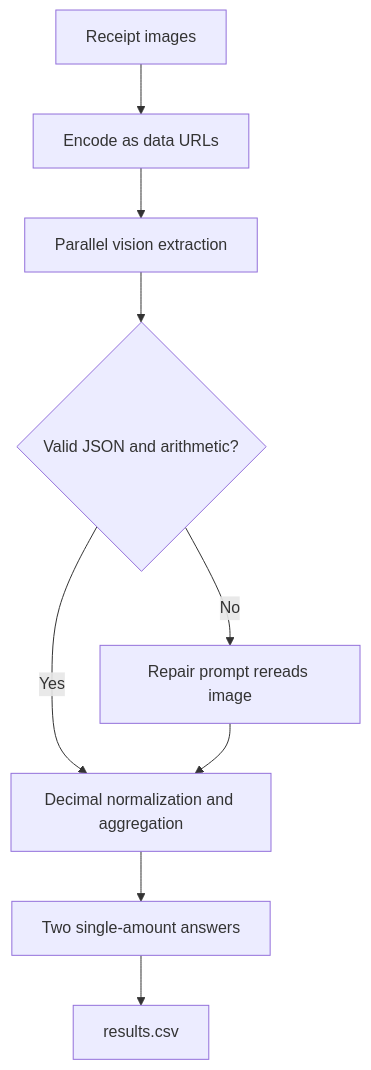
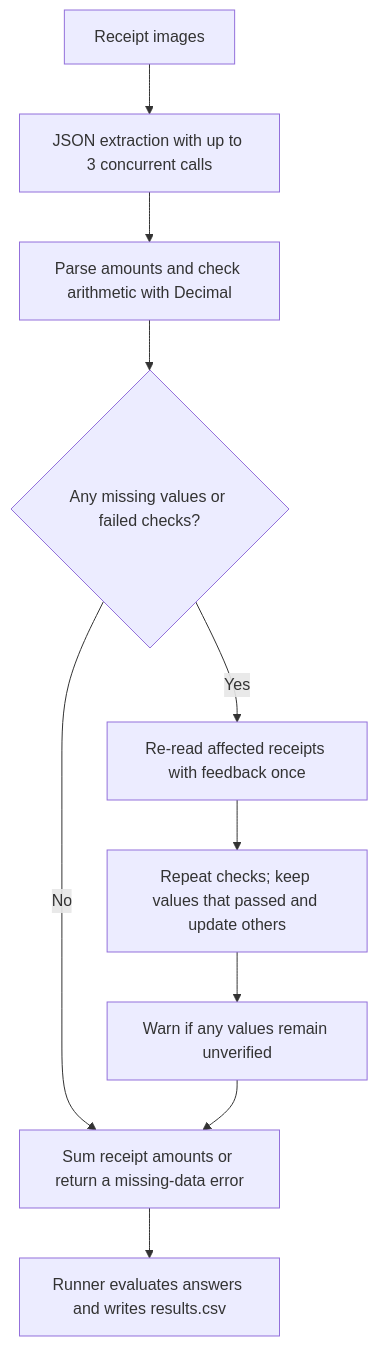
One commit to ycyao040410/FTEC5660 changed the diagram in README.md. Above: the diagram before and after it, drawn with Mermaid. The commit also changed other lines of this file, not shown here.

Commit message:
Complete Homework 1 report and reflection
Complete Homework 1 report and reflection

````diff
--- a/README.md
+++ b/README.md
@@ -52,11 +53,12 @@
 ```mermaid
 flowchart TD
-    A["Receipt images"] --> B["Encode as data URLs"]
-    B --> C["Parallel vision extraction"]
-    C --> D{"Valid JSON and arithmetic?"}
-    D -- "Yes" --> F["Decimal normalization and aggregation"]
-    D -- "No" --> E["Repair prompt rereads image"]
-    E --> F
-    F --> G["Two single-amount answers"]
-    G --> H["results.csv"]
+    A["Receipt images"] --> B["JSON extraction with up to 3 concurrent calls"]
+    B --> C["Parse amounts and check arithmetic with Decimal"]
+    C --> D{"Any missing values or failed checks?"}
+    D -- Yes --> E["Re-read affected receipts with feedback once"]
+    E --> F["Repeat checks; keep values that passed and update others"]
+    F --> G["Warn if any values remain unverified"]
+    D -- No --> H["Sum receipt amounts or return a missing-data error"]
+    G --> H
+    H --> I["Runner evaluates answers and writes results.csv"]
 ```
````
